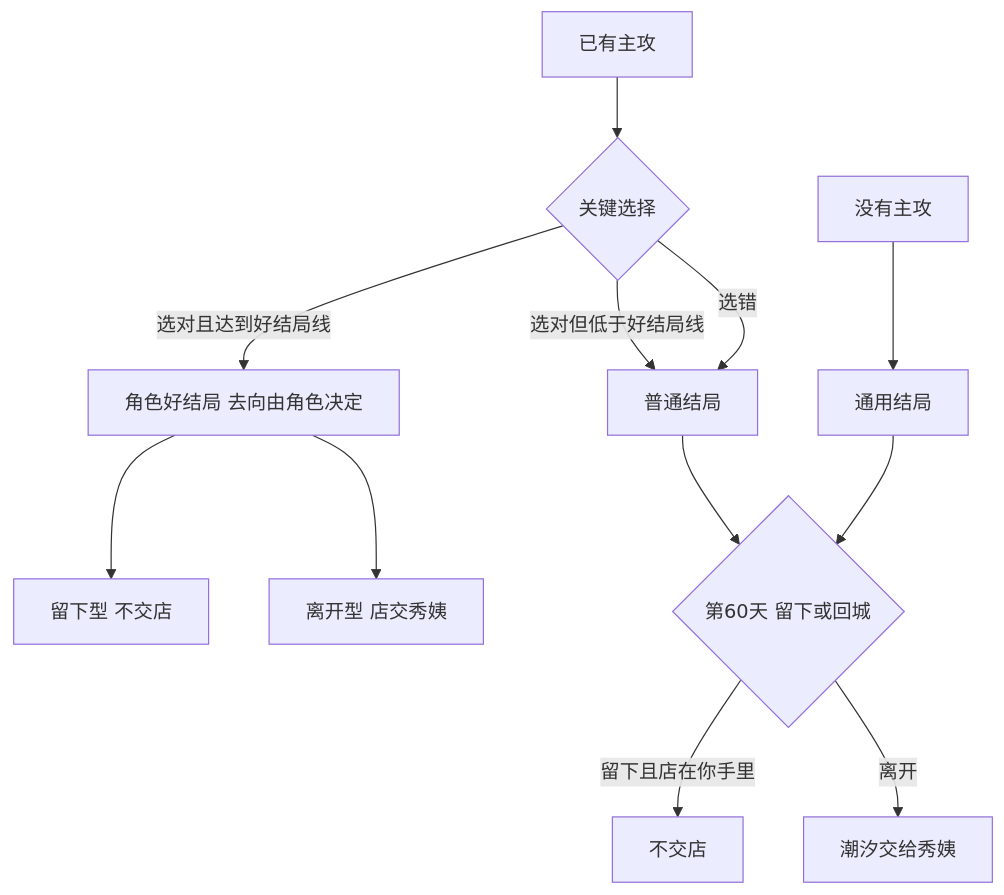
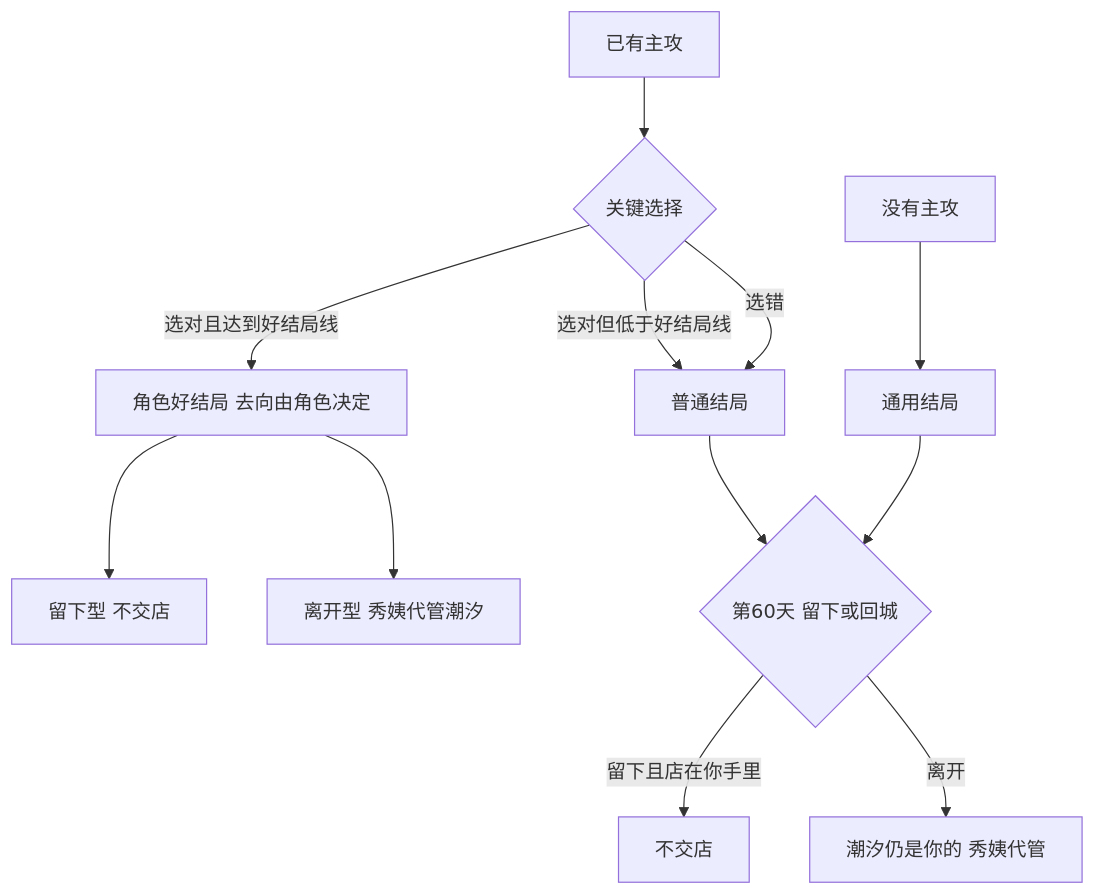
One commit to GmhLovEDM/grok-prototype changed the second of 2 diagrams in projects/seaside-cafe/01-planning/branching.md. Above: the diagram before and after it, drawn with Mermaid. The commit also changed other lines of this file and 28 other files, not shown here.

````diff
--- a/projects/seaside-cafe/01-planning/branching.md
+++ b/projects/seaside-cafe/01-planning/branching.md
@@ -137,14 +137,14 @@
 ```mermaid
 flowchart TD
   locked[已有主攻] --> right{关键选择}
   right -->|选对且达到好结局线| good[角色好结局 去向由角色决定]
   right -->|选对但低于好结局线| normal[普通结局]
   right -->|选错| normal
   none[没有主攻] --> plain[通用结局]
   normal --> last{第60天 留下或回城}
   plain --> last
   good --> stayGood[留下型 不交店]
-  good --> leaveGood[离开型 店交秀姨]
+  good --> leaveGood[离开型 秀姨代管潮汐]
   last -->|留下且店在你手里| keep[不交店]
-  last -->|离开| aunt[潮汐交给秀姨]
+  last -->|离开| aunt[潮汐仍是你的 秀姨代管]
 ```
````
